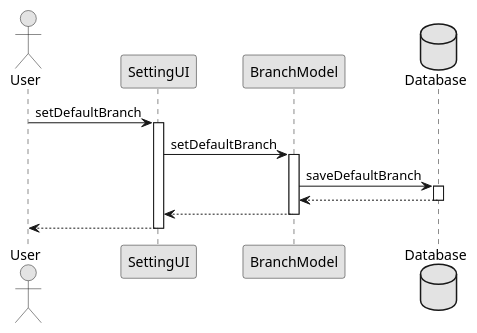
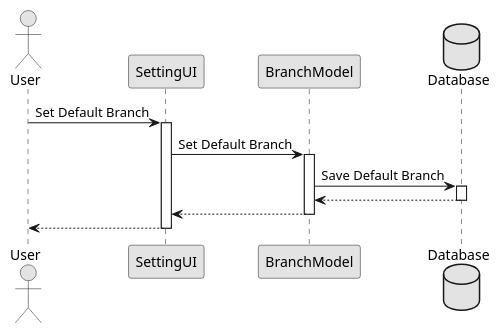
Before and after one commit to imdar1/GitMonitor: the diagram in docs/res/seq2.pu, drawn with PlantUML. The commit also changed 12 other files, not shown here.

```diff
--- a/docs/res/seq2.pu
+++ b/docs/res/seq2.pu
@@ -1,27 +1,27 @@
 @startuml sequence_diagram2
 skinparam monochrome true
 actor User as user
 participant "SettingUI" as i1
 participant "BranchModel" as a1
 database "Database" as db
 skinparam backgroundcolor transparent
 
-user -> i1: setDefaultBranch
+user -> i1: Set Default Branch
 activate i1
 
-i1 -> a1: setDefaultBranch
+i1 -> a1: Set Default Branch
 activate a1
 
-a1 -> db: saveDefaultBranch
+a1 -> db: Save Default Branch
 activate db
 
 db --> a1
 deactivate db
 
 a1 --> i1
 deactivate a1
 
 i1 --> user
 deactivate i1
 
 @enduml
```
